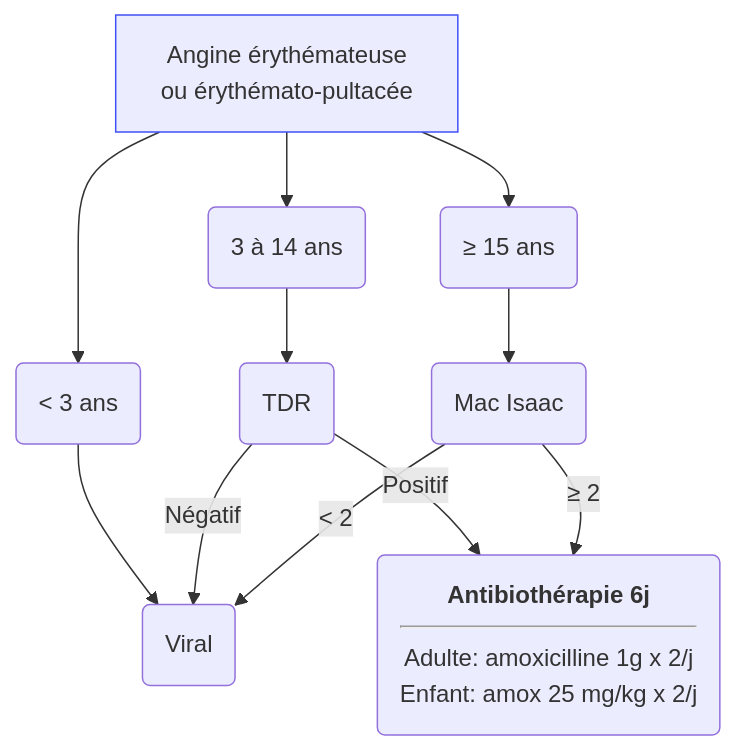
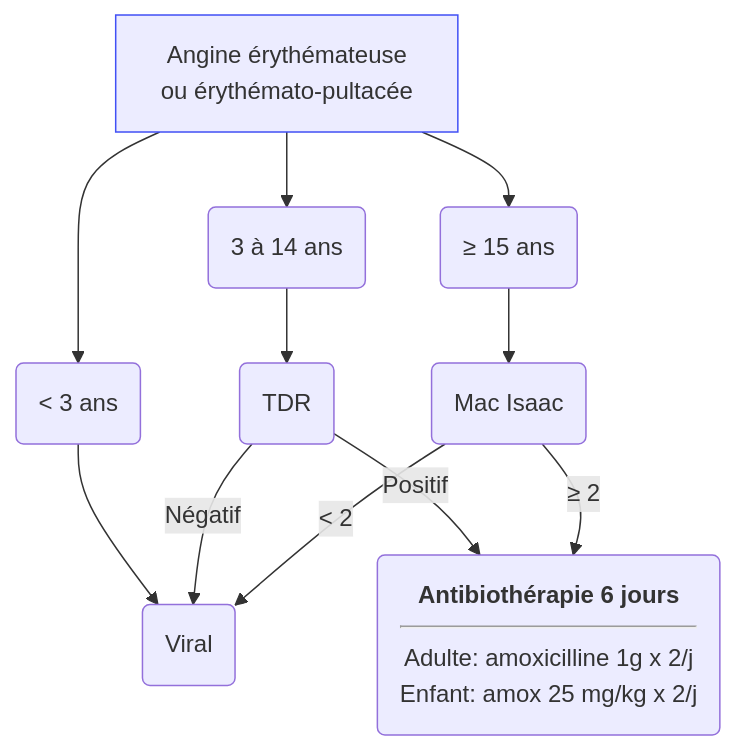
The diagram in content/recommandations/angine.md (djibe/recommandations-medicales), drawn with Mermaid before and after one commit. The commit also changed other lines of this file and 40 other files, not shown here.

```diff
--- a/content/recommandations/angine.md
+++ b/content/recommandations/angine.md
@@ -186,9 +198,9 @@
 {{< mermaid title="Prise en charge de l'angine selon le tableau clinique. Dr JB Fron d'après SPILF/HAS 2016 et HAS 2021" >}}
 graph TB
   angine[Angine érythémateuse<br>ou érythémato-pultacée] --> moins3("&lt; 3 ans") --> viral(Viral)
   style angine stroke:#4150f5, stroke-width:1px
-    angine --> 314ans(3 à 14 ans) --> TDR(TDR) -- "Positif" --> ATB("<b>Antibiothérapie 6j</b><hr>Adulte: amoxicilline 1g x 2/j<br>Enfant: amox 25 mg/kg x 2/j")
+    angine --> 314ans(3 à 14 ans) --> TDR(TDR) -- "Positif" --> ATB("<b>Antibiothérapie 6 jours</b><hr>Adulte: amoxicilline 1g x 2/j<br>Enfant: amox 25 mg/kg x 2/j")
       TDR -- Négatif --> viral
     angine --> 15plus("&ge; 15 ans") --> score(Mac Isaac) -- "&ge; 2" --> ATB
       score -- "&lt; 2" --> viral
 {{< /mermaid >}}
```
